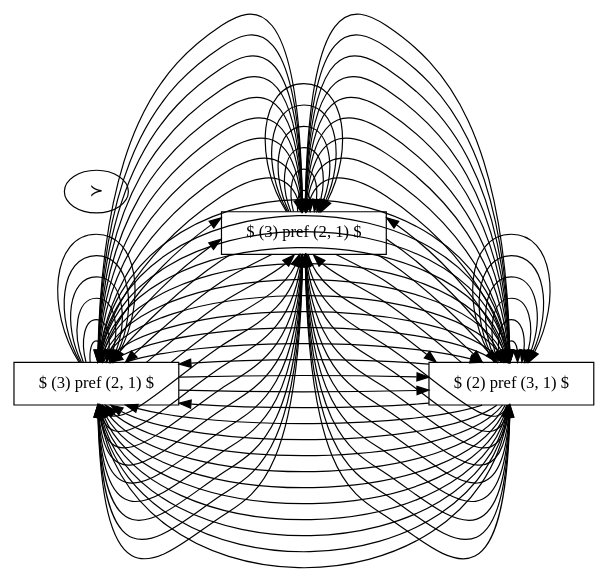
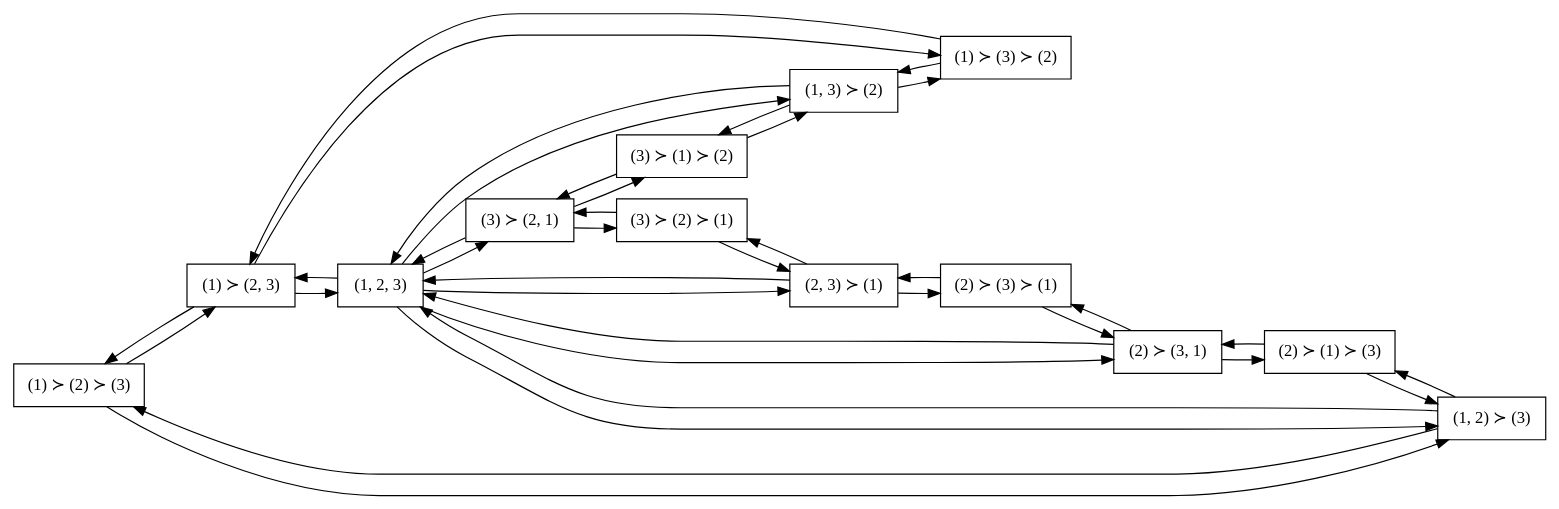
Before and after one commit to AmirSahrani/master_thesis: the diagram in figures/dpGraph.dot, drawn with Graphviz. The commit also changed 28 other files, not shown here.

```diff
--- a/figures/dpGraph.dot
+++ b/figures/dpGraph.dot
@@ -1,55 +1,55 @@
 digraph G {
   rankdir=LR;
-   1 ≻ 2 ≻ 3  [label="$ (1) \pref (2) \pref (3) $", shape=box, ];
-   1 ≻ 2, 3  [label="$ (1) \pref (2, 3) $", shape=box, ];
-   1 ≻ 3 ≻ 2  [label="$ (1) \pref (3) \pref (2) $", shape=box, ];
-   1, 2 ≻ 3  [label="$ (1, 2) \pref (3) $", shape=box, ];
-   1, 2, 3  [label="$ (1, 2, 3) $", shape=box, ];
-   1, 3 ≻ 2  [label="$ (1, 3) \pref (2) $", shape=box, ];
-   2 ≻ 1 ≻ 3  [label="$ (2) \pref (1) \pref (3) $", shape=box, ];
-   2 ≻ 3 ≻ 1  [label="$ (2) \pref (3) \pref (1) $", shape=box, ];
-   2 ≻ 3, 1  [label="$ (2) \pref (3, 1) $", shape=box, ];
-   2, 3 ≻ 1  [label="$ (2, 3) \pref (1) $", shape=box, ];
-   3 ≻ 1 ≻ 2  [label="$ (3) \pref (1) \pref (2) $", shape=box, ];
-   3 ≻ 2 ≻ 1  [label="$ (3) \pref (2) \pref (1) $", shape=box, ];
-   3 ≻ 2, 1  [label="$ (3) \pref (2, 1) $", shape=box, ];
+  "1_pref_2_pref_3" [label="(1) ≻ (2) ≻ (3)", shape=box, ];
+  "1_pref_2, 3" [label="(1) ≻ (2, 3)", shape=box, ];
+  "1_pref_3_pref_2" [label="(1) ≻ (3) ≻ (2)", shape=box, ];
+  "1, 2_pref_3" [label="(1, 2) ≻ (3)", shape=box, ];
+  "1, 2, 3" [label="(1, 2, 3)", shape=box, ];
+  "1, 3_pref_2" [label="(1, 3) ≻ (2)", shape=box, ];
+  "2_pref_1_pref_3" [label="(2) ≻ (1) ≻ (3)", shape=box, ];
+  "2_pref_3_pref_1" [label="(2) ≻ (3) ≻ (1)", shape=box, ];
+  "2_pref_3, 1" [label="(2) ≻ (3, 1)", shape=box, ];
+  "2, 3_pref_1" [label="(2, 3) ≻ (1)", shape=box, ];
+  "3_pref_1_pref_2" [label="(3) ≻ (1) ≻ (2)", shape=box, ];
+  "3_pref_2_pref_1" [label="(3) ≻ (2) ≻ (1)", shape=box, ];
+  "3_pref_2, 1" [label="(3) ≻ (2, 1)", shape=box, ];
   
   
-   1 ≻ 2 ≻ 3  ->  1 ≻ 2, 3 ;
-   1 ≻ 2 ≻ 3  ->  1, 2 ≻ 3 ;
-   1 ≻ 2, 3  ->  1 ≻ 2 ≻ 3 ;
-   1 ≻ 2, 3  ->  1 ≻ 3 ≻ 2 ;
-   1 ≻ 2, 3  ->  1, 2, 3 ;
-   1 ≻ 3 ≻ 2  ->  1 ≻ 2, 3 ;
-   1 ≻ 3 ≻ 2  ->  1, 3 ≻ 2 ;
-   1, 2 ≻ 3  ->  1 ≻ 2 ≻ 3 ;
-   1, 2 ≻ 3  ->  1, 2, 3 ;
-   1, 2 ≻ 3  ->  2 ≻ 1 ≻ 3 ;
-   1, 2, 3  ->  1 ≻ 2, 3 ;
-   1, 2, 3  ->  1, 2 ≻ 3 ;
-   1, 2, 3  ->  1, 3 ≻ 2 ;
-   1, 2, 3  ->  2 ≻ 3, 1 ;
-   1, 2, 3  ->  2, 3 ≻ 1 ;
-   1, 2, 3  ->  3 ≻ 2, 1 ;
-   1, 3 ≻ 2  ->  1 ≻ 3 ≻ 2 ;
-   1, 3 ≻ 2  ->  1, 2, 3 ;
-   1, 3 ≻ 2  ->  3 ≻ 1 ≻ 2 ;
-   2 ≻ 1 ≻ 3  ->  1, 2 ≻ 3 ;
-   2 ≻ 1 ≻ 3  ->  2 ≻ 3, 1 ;
-   2 ≻ 3 ≻ 1  ->  2 ≻ 3, 1 ;
-   2 ≻ 3 ≻ 1  ->  2, 3 ≻ 1 ;
-   2 ≻ 3, 1  ->  1, 2, 3 ;
-   2 ≻ 3, 1  ->  2 ≻ 1 ≻ 3 ;
-   2 ≻ 3, 1  ->  2 ≻ 3 ≻ 1 ;
-   2, 3 ≻ 1  ->  1, 2, 3 ;
-   2, 3 ≻ 1  ->  2 ≻ 3 ≻ 1 ;
-   2, 3 ≻ 1  ->  3 ≻ 2 ≻ 1 ;
-   3 ≻ 1 ≻ 2  ->  1, 3 ≻ 2 ;
-   3 ≻ 1 ≻ 2  ->  3 ≻ 2, 1 ;
-   3 ≻ 2 ≻ 1  ->  2, 3 ≻ 1 ;
-   3 ≻ 2 ≻ 1  ->  3 ≻ 2, 1 ;
-   3 ≻ 2, 1  ->  1, 2, 3 ;
-   3 ≻ 2, 1  ->  3 ≻ 1 ≻ 2 ;
-   3 ≻ 2, 1  ->  3 ≻ 2 ≻ 1 ;
+  "1_pref_2_pref_3" -> "1_pref_2, 3";
+  "1_pref_2_pref_3" -> "1, 2_pref_3";
+  "1_pref_2, 3" -> "1_pref_2_pref_3";
+  "1_pref_2, 3" -> "1_pref_3_pref_2";
+  "1_pref_2, 3" -> "1, 2, 3";
+  "1_pref_3_pref_2" -> "1_pref_2, 3";
+  "1_pref_3_pref_2" -> "1, 3_pref_2";
+  "1, 2_pref_3" -> "1_pref_2_pref_3";
+  "1, 2_pref_3" -> "1, 2, 3";
+  "1, 2_pref_3" -> "2_pref_1_pref_3";
+  "1, 2, 3" -> "1_pref_2, 3";
+  "1, 2, 3" -> "1, 2_pref_3";
+  "1, 2, 3" -> "1, 3_pref_2";
+  "1, 2, 3" -> "2_pref_3, 1";
+  "1, 2, 3" -> "2, 3_pref_1";
+  "1, 2, 3" -> "3_pref_2, 1";
+  "1, 3_pref_2" -> "1_pref_3_pref_2";
+  "1, 3_pref_2" -> "1, 2, 3";
+  "1, 3_pref_2" -> "3_pref_1_pref_2";
+  "2_pref_1_pref_3" -> "1, 2_pref_3";
+  "2_pref_1_pref_3" -> "2_pref_3, 1";
+  "2_pref_3_pref_1" -> "2_pref_3, 1";
+  "2_pref_3_pref_1" -> "2, 3_pref_1";
+  "2_pref_3, 1" -> "1, 2, 3";
+  "2_pref_3, 1" -> "2_pref_1_pref_3";
+  "2_pref_3, 1" -> "2_pref_3_pref_1";
+  "2, 3_pref_1" -> "1, 2, 3";
+  "2, 3_pref_1" -> "2_pref_3_pref_1";
+  "2, 3_pref_1" -> "3_pref_2_pref_1";
+  "3_pref_1_pref_2" -> "1, 3_pref_2";
+  "3_pref_1_pref_2" -> "3_pref_2, 1";
+  "3_pref_2_pref_1" -> "2, 3_pref_1";
+  "3_pref_2_pref_1" -> "3_pref_2, 1";
+  "3_pref_2, 1" -> "1, 2, 3";
+  "3_pref_2, 1" -> "3_pref_1_pref_2";
+  "3_pref_2, 1" -> "3_pref_2_pref_1";
   
   }
```
